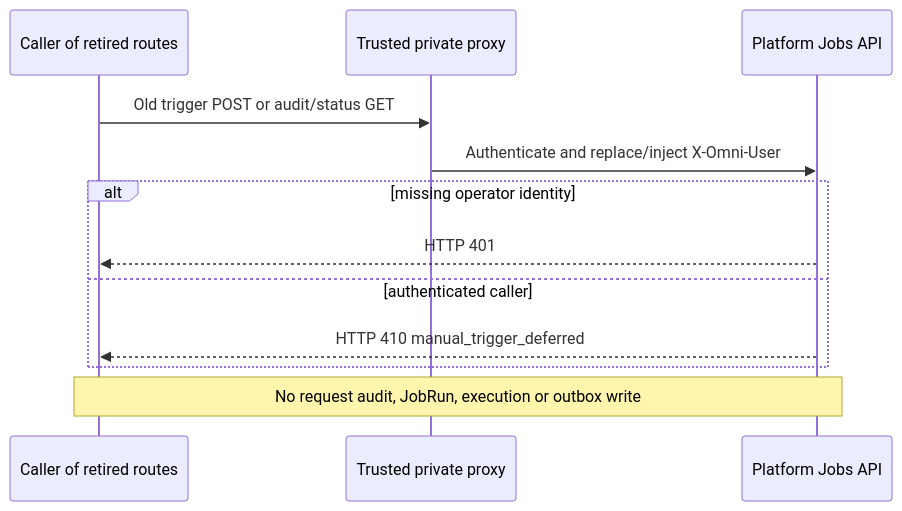
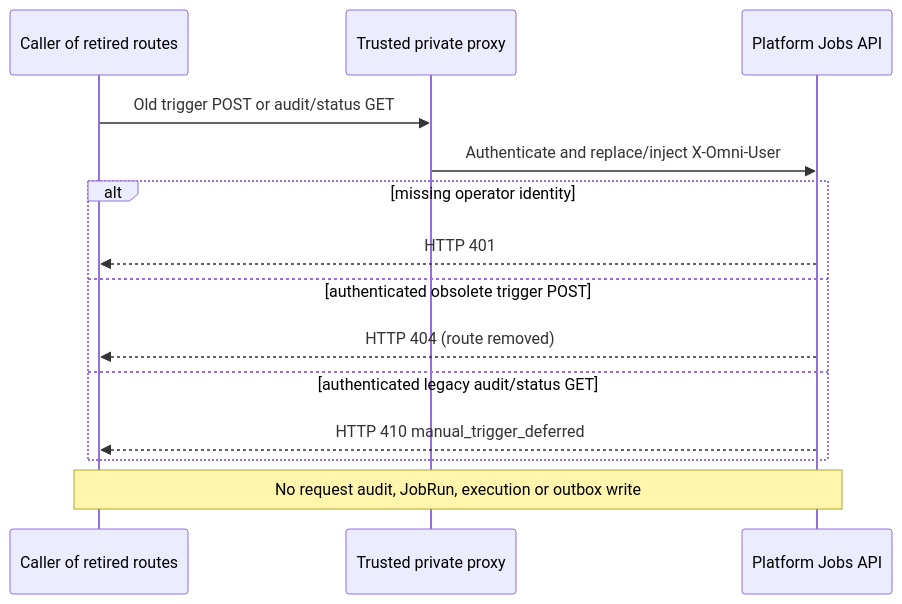
Before and after one commit to tanlocit9/omni: the third of 7 diagrams in docs/flows/001-job-execution.md, drawn with Mermaid. The commit also changed other lines of this file and 94 other files, not shown here.

````diff
--- a/docs/flows/001-job-execution.md
+++ b/docs/flows/001-job-execution.md
@@ -324,15 +348,17 @@
 ```mermaid
 sequenceDiagram
   participant Caller as Caller of retired routes
   participant Proxy as Trusted private proxy
   participant API as Platform Jobs API
 
   Caller->>Proxy: Old trigger POST or audit/status GET
   Proxy->>API: Authenticate and replace/inject X-Omni-User
   alt missing operator identity
     API-->>Caller: HTTP 401
-  else authenticated caller
+  else authenticated obsolete trigger POST
+    API-->>Caller: HTTP 404 (route removed)
+  else authenticated legacy audit/status GET
     API-->>Caller: HTTP 410 manual_trigger_deferred
   end
   Note over Caller,API: No request audit, JobRun, execution or outbox write
 ```
````
